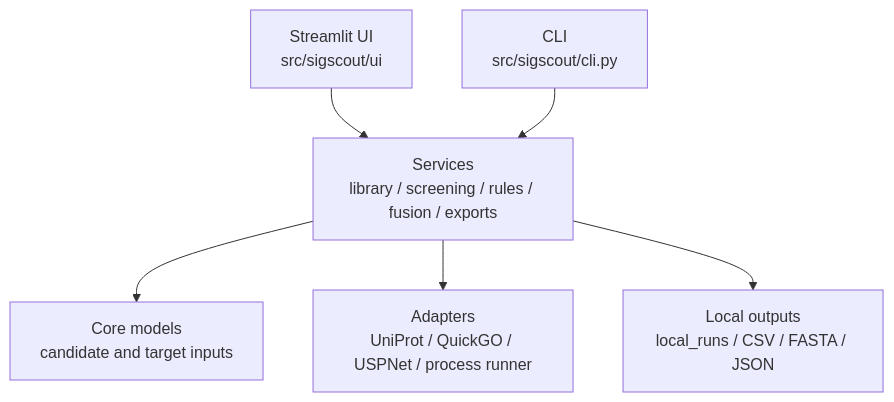
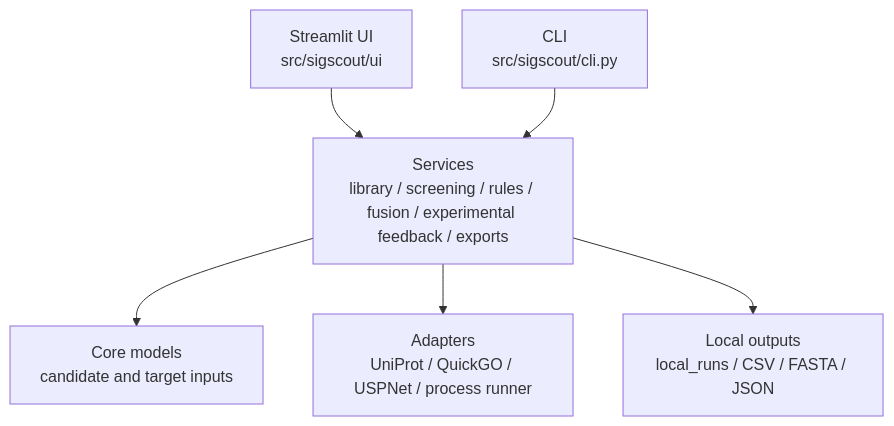
The second of 2 diagrams in README.en.md (77652189/SigScout), drawn with Mermaid before and after one commit. The commit also changed other lines of this file and 1 other file, not shown here.

First line of the commit message:
docs: document the experimental feedback loop and guided exploration

````diff
--- a/README.en.md
+++ b/README.en.md
@@ -64,15 +67,15 @@
 ```mermaid
 flowchart TD
     UI["Streamlit UI<br/>src/sigscout/ui"]
     CLI["CLI<br/>src/sigscout/cli.py"]
-    SERVICES["Services<br/>library / screening / rules / fusion / exports"]
+    SERVICES["Services<br/>library / screening / rules / fusion / experimental feedback / exports"]
     CORE["Core models<br/>candidate and target inputs"]
     ADAPTERS["Adapters<br/>UniProt / QuickGO / USPNet / process runner"]
     DATA["Local outputs<br/>local_runs / CSV / FASTA / JSON"]
 
     UI --> SERVICES
     CLI --> SERVICES
     SERVICES --> CORE
     SERVICES --> ADAPTERS
     SERVICES --> DATA
 ```
````
